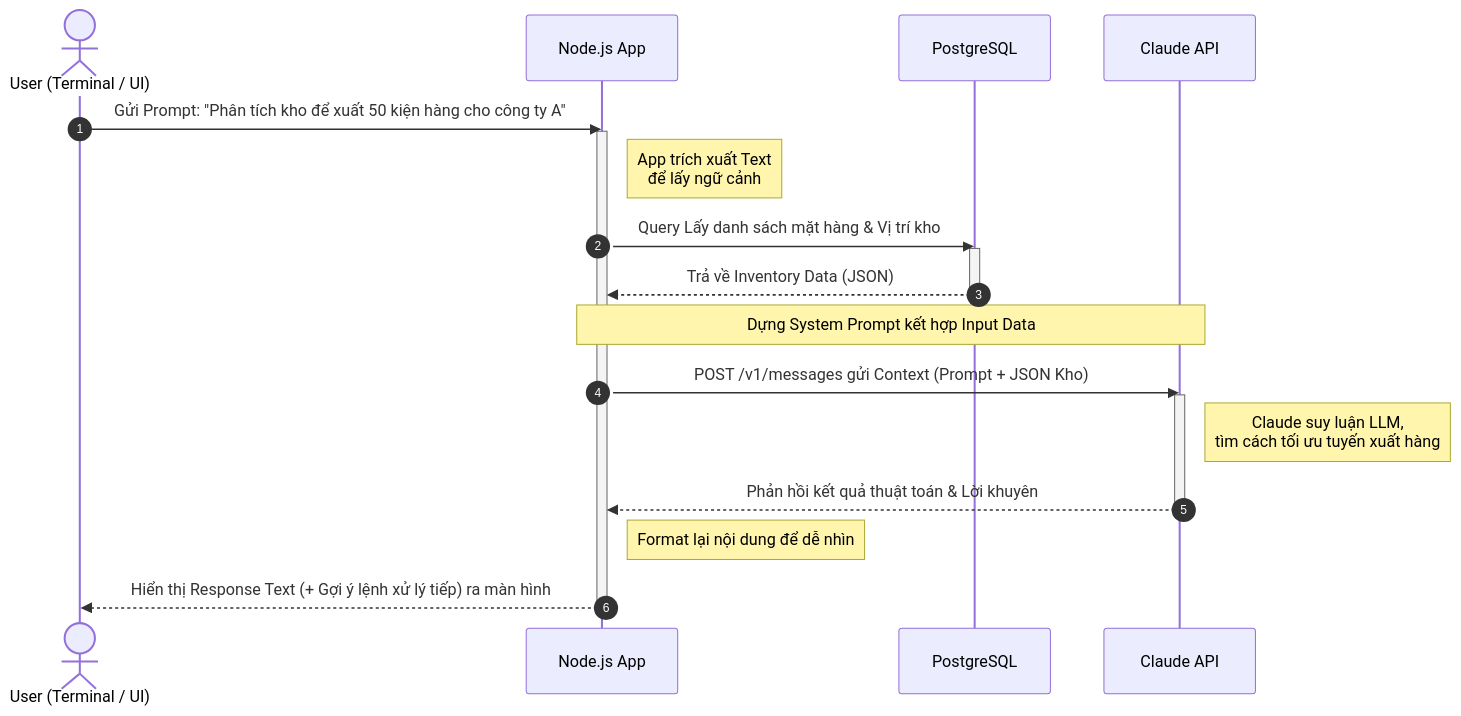
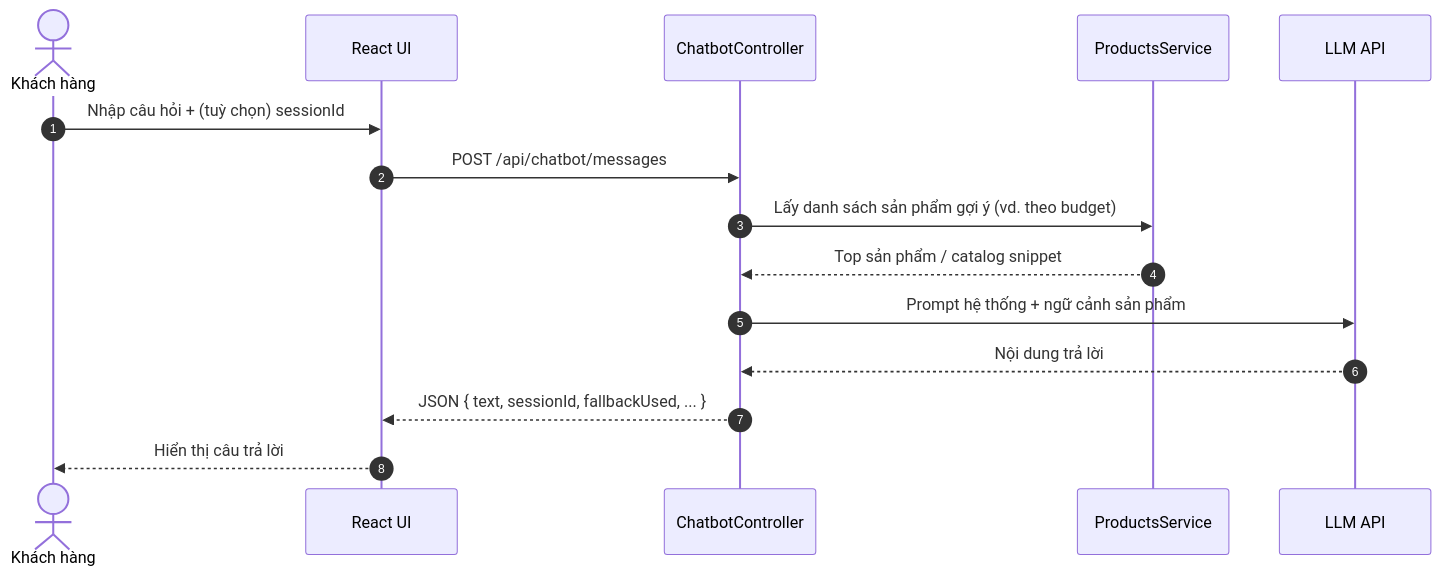
The second of 3 diagrams in docs/06_AI_System_Diagrams.md (NhomChuyenDePhanMem/Project-ShopBotECommerce), drawn with Mermaid before and after one commit. The commit also changed other lines of this file and 137 other files, not shown here.

````diff
--- a/docs/06_AI_System_Diagrams.md
+++ b/docs/06_AI_System_Diagrams.md
@@ -55,28 +25,18 @@
 ```mermaid
 sequenceDiagram
     autonumber
-    actor U as User (Terminal / UI)
-    participant Node as Node.js App
-    participant DB as PostgreSQL
-    participant AI as Claude API
+    actor U as Khách hàng
+    participant FE as React UI
+    participant API as ChatbotController
+    participant S as ProductsService
+    participant LLM as LLM API
 
-    U->>Node: Gửi Prompt: "Phân tích kho để xuất 50 kiện hàng cho công ty A"
-    activate Node
-    
-    Note right of Node: App trích xuất Text<br/>để lấy ngữ cảnh
-    Node->>DB: Query Lấy danh sách mặt hàng & Vị trí kho
-    activate DB
-    DB-->>Node: Trả về Inventory Data (JSON)
-    deactivate DB
-    
-    Note over Node,AI: Dựng System Prompt kết hợp Input Data
-    Node->>AI: POST /v1/messages gửi Context (Prompt + JSON Kho)
-    activate AI
-    Note right of AI: Claude suy luận LLM,<br/>tìm cách tối ưu tuyến xuất hàng
-    AI-->>Node: Phản hồi kết quả thuật toán & Lời khuyên
-    deactivate AI
-    
-    Note right of Node: Format lại nội dung để dễ nhìn
-    Node-->>U: Hiển thị Response Text (+ Gợi ý lệnh xử lý tiếp) ra màn hình
-    deactivate Node
+    U->>FE: Nhập câu hỏi + (tuỳ chọn) sessionId
+    FE->>API: POST /api/chatbot/messages
+    API->>S: Lấy danh sách sản phẩm gợi ý (vd. theo budget)
+    S-->>API: Top sản phẩm / catalog snippet
+    API->>LLM: Prompt hệ thống + ngữ cảnh sản phẩm
+    LLM-->>API: Nội dung trả lời
+    API-->>FE: JSON { text, sessionId, fallbackUsed, ... }
+    FE-->>U: Hiển thị câu trả lời
 ```
````
